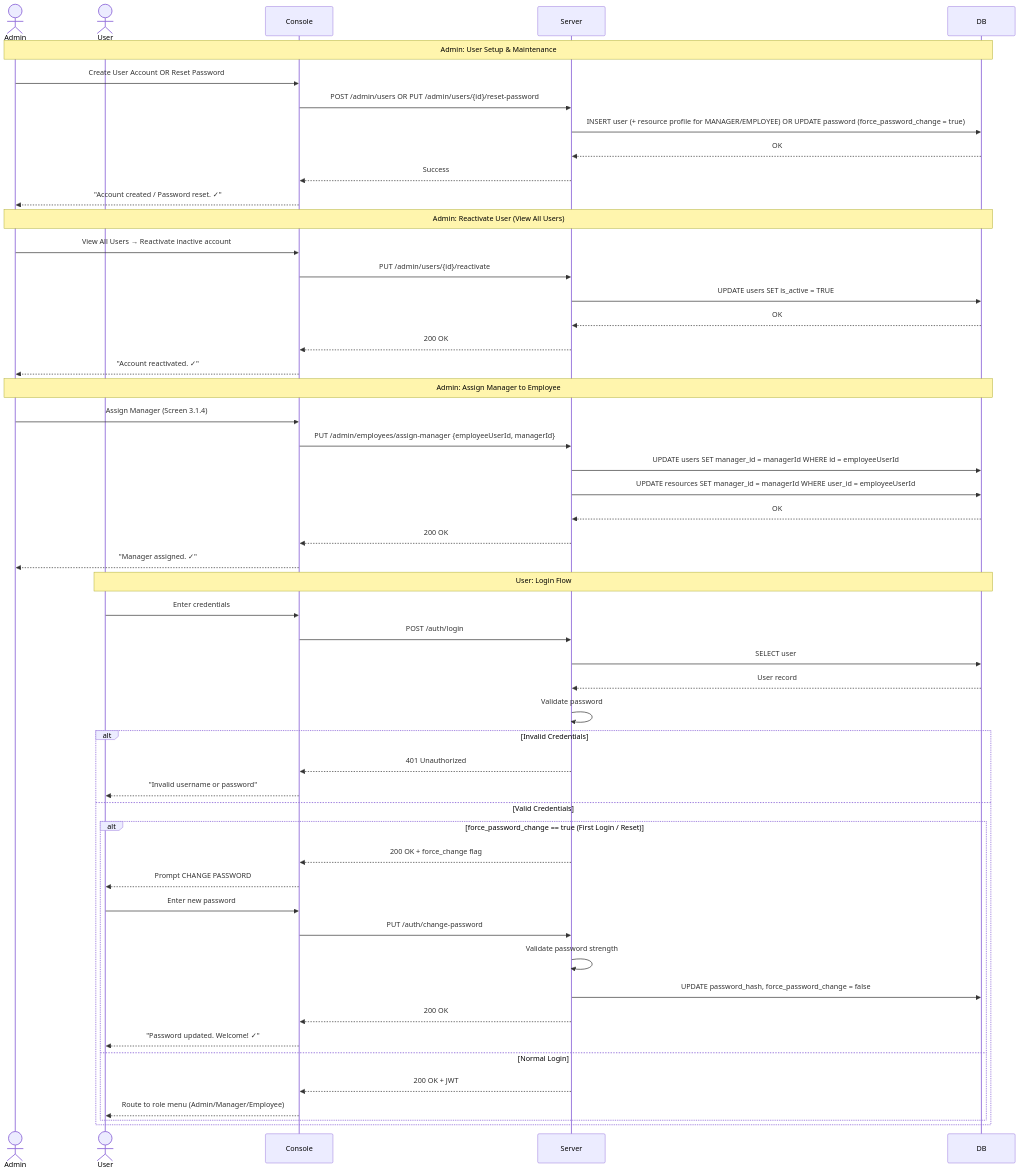
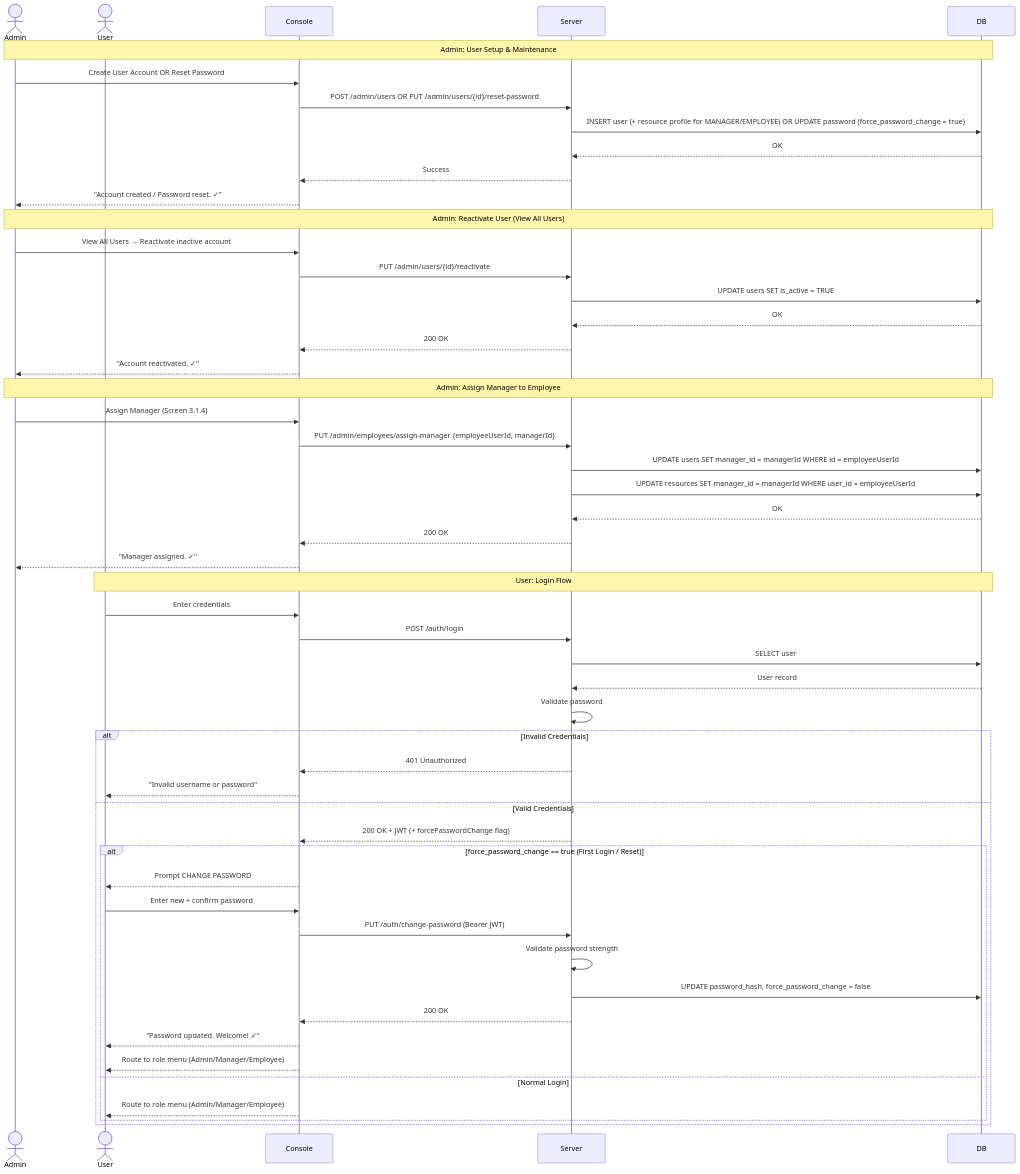
The first of 6 diagrams in UML Design/sequence_diagrams.md (RiyaAmetaITT/Project-Resource-Management-tool), drawn with Mermaid before and after one commit. The commit also changed other lines of this file and 1 other file, not shown here.

Commit message:
Added updated design diagram

````diff
--- a/UML Design/sequence_diagrams.md
+++ b/UML Design/sequence_diagrams.md
@@ -10,59 +10,59 @@
 ```mermaid
 sequenceDiagram
     actor Admin
     actor User
     participant Console
     participant Server
     participant DB
 
     Note over Admin,DB: Admin: User Setup & Maintenance
     Admin->>Console: Create User Account OR Reset Password
     Console->>Server: POST /admin/users OR PUT /admin/users/{id}/reset-password
     Server->>DB: INSERT user (+ resource profile for MANAGER/EMPLOYEE) OR UPDATE password (force_password_change = true)
     DB-->>Server: OK
     Server-->>Console: Success
     Console-->>Admin: "Account created / Password reset. ✓"
 
     Note over Admin,DB: Admin: Reactivate User (View All Users)
     Admin->>Console: View All Users → Reactivate inactive account
     Console->>Server: PUT /admin/users/{id}/reactivate
     Server->>DB: UPDATE users SET is_active = TRUE
     DB-->>Server: OK
     Server-->>Console: 200 OK
     Console-->>Admin: "Account reactivated. ✓"
 
     Note over Admin,DB: Admin: Assign Manager to Employee
     Admin->>Console: Assign Manager (Screen 3.1.4)
     Console->>Server: PUT /admin/employees/assign-manager {employeeUserId, managerId}
     Server->>DB: UPDATE users SET manager_id = managerId WHERE id = employeeUserId
     Server->>DB: UPDATE resources SET manager_id = managerId WHERE user_id = employeeUserId
     DB-->>Server: OK
     Server-->>Console: 200 OK
     Console-->>Admin: "Manager assigned. ✓"
 
     Note over User,DB: User: Login Flow
     User->>Console: Enter credentials
     Console->>Server: POST /auth/login
     Server->>DB: SELECT user
     DB-->>Server: User record
     Server->>Server: Validate password
 
     alt Invalid Credentials
         Server-->>Console: 401 Unauthorized
         Console-->>User: "Invalid username or password"
     else Valid Credentials
+        Server-->>Console: 200 OK + JWT (+ forcePasswordChange flag)
         alt force_password_change == true (First Login / Reset)
-            Server-->>Console: 200 OK + force_change flag
             Console-->>User: Prompt CHANGE PASSWORD
-            User->>Console: Enter new password
-            Console->>Server: PUT /auth/change-password
+            User->>Console: Enter new + confirm password
+            Console->>Server: PUT /auth/change-password (Bearer JWT)
             Server->>Server: Validate password strength
             Server->>DB: UPDATE password_hash, force_password_change = false
             Server-->>Console: 200 OK
             Console-->>User: "Password updated. Welcome! ✓"
+            Console-->>User: Route to role menu (Admin/Manager/Employee)
         else Normal Login
-            Server-->>Console: 200 OK + JWT
             Console-->>User: Route to role menu (Admin/Manager/Employee)
         end
     end
 ```
````
